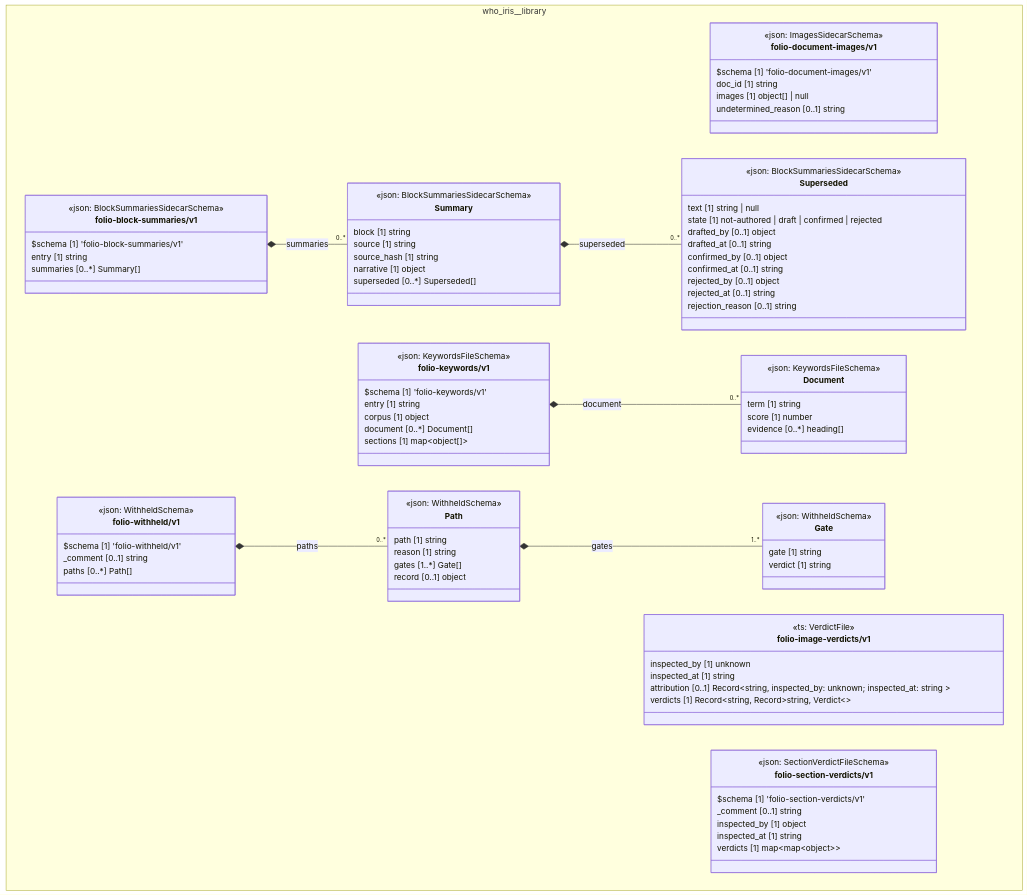
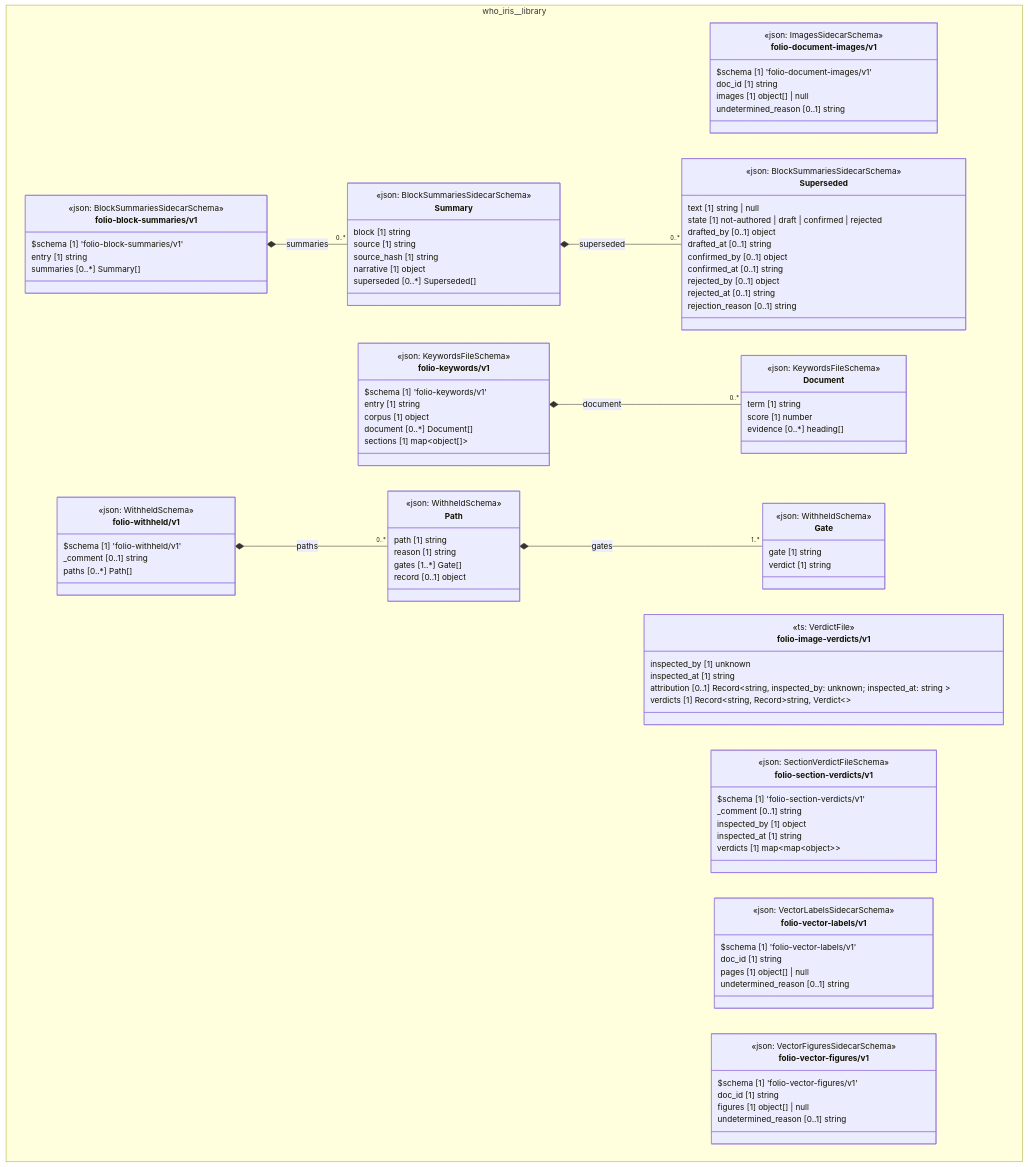
The diagram in uml/overview/who-iris/library.mmd (litlfred/cat-harness), drawn with Mermaid before and after one commit. The commit also changed 398 other files, not shown here.

```diff
--- a/uml/overview/who-iris/library.mmd
+++ b/uml/overview/who-iris/library.mmd
@@ -1,100 +1,116 @@
 classDiagram
   direction TB
   namespace who_iris__library {
     class who_iris_library_folio_document_images_v1_folio_document_images_v1["folio-document-images/v1"] {
       <<json: ImagesSidecarSchema>>
       $schema [1] 'folio-document-images/v1'
       doc_id [1] string
       images [1] object[] | null
       undetermined_reason [0..1] string
     }
     class who_iris_library_folio_image_verdicts_v1["folio-image-verdicts/v1"] {
       <<ts: VerdictFile>>
       inspected_by [1] unknown
       inspected_at [1] string
       attribution [0..1] Record~string,  inspected_by: unknown; inspected_at: string ~
       verdicts [1] Record~string, Record~string, Verdict~~
     }
     class who_iris_library_folio_section_verdicts_v1_folio_section_verdicts_v1["folio-section-verdicts/v1"] {
       <<json: SectionVerdictFileSchema>>
       $schema [1] 'folio-section-verdicts/v1'
       _comment [0..1] string
       inspected_by [1] object
       inspected_at [1] string
       verdicts [1] map~map~object~~
+    }
+    class who_iris_library_folio_vector_labels_v1_folio_vector_labels_v1["folio-vector-labels/v1"] {
+      <<json: VectorLabelsSidecarSchema>>
+      $schema [1] 'folio-vector-labels/v1'
+      doc_id [1] string
+      pages [1] object[] | null
+      undetermined_reason [0..1] string
+    }
+    class who_iris_library_folio_vector_figures_v1_folio_vector_figures_v1["folio-vector-figures/v1"] {
+      <<json: VectorFiguresSidecarSchema>>
+      $schema [1] 'folio-vector-figures/v1'
+      doc_id [1] string
+      figures [1] object[] | null
+      undetermined_reason [0..1] string
     }
     class who_iris_library_folio_block_summaries_v1_Superseded["Superseded"] {
       <<json: BlockSummariesSidecarSchema>>
       text [1] string | null
       state [1] not-authored | draft | confirmed | rejected
       drafted_by [0..1] object
       drafted_at [0..1] string
       confirmed_by [0..1] object
       confirmed_at [0..1] string
       rejected_by [0..1] object
       rejected_at [0..1] string
       rejection_reason [0..1] string
     }
     class who_iris_library_folio_block_summaries_v1_Summary["Summary"] {
       <<json: BlockSummariesSidecarSchema>>
       block [1] string
       source [1] string
       source_hash [1] string
       narrative [1] object
       superseded [0..*] Superseded[]
     }
     class who_iris_library_folio_block_summaries_v1_folio_block_summaries_v1["folio-block-summaries/v1"] {
       <<json: BlockSummariesSidecarSchema>>
       $schema [1] 'folio-block-summaries/v1'
       entry [1] string
       summaries [0..*] Summary[]
     }
     class who_iris_library_folio_keywords_v1_Document["Document"] {
       <<json: KeywordsFileSchema>>
       term [1] string
       score [1] number
       evidence [0..*] heading[]
     }
     class who_iris_library_folio_keywords_v1_folio_keywords_v1["folio-keywords/v1"] {
       <<json: KeywordsFileSchema>>
       $schema [1] 'folio-keywords/v1'
       entry [1] string
       corpus [1] object
       document [0..*] Document[]
       sections [1] map~object[]~
     }
     class who_iris_library_folio_withheld_v1_Gate["Gate"] {
       <<json: WithheldSchema>>
       gate [1] string
       verdict [1] string
     }
     class who_iris_library_folio_withheld_v1_Path["Path"] {
       <<json: WithheldSchema>>
       path [1] string
       reason [1] string
       gates [1..*] Gate[]
       record [0..1] object
     }
     class who_iris_library_folio_withheld_v1_folio_withheld_v1["folio-withheld/v1"] {
       <<json: WithheldSchema>>
       $schema [1] 'folio-withheld/v1'
       _comment [0..1] string
       paths [0..*] Path[]
     }
   }
   who_iris_library_folio_block_summaries_v1_Summary *-- "0..*" who_iris_library_folio_block_summaries_v1_Superseded : superseded
   who_iris_library_folio_block_summaries_v1_folio_block_summaries_v1 *-- "0..*" who_iris_library_folio_block_summaries_v1_Summary : summaries
   who_iris_library_folio_keywords_v1_folio_keywords_v1 *-- "0..*" who_iris_library_folio_keywords_v1_Document : document
   who_iris_library_folio_withheld_v1_Path *-- "1..*" who_iris_library_folio_withheld_v1_Gate : gates
   who_iris_library_folio_withheld_v1_folio_withheld_v1 *-- "0..*" who_iris_library_folio_withheld_v1_Path : paths
   cssClass "who_iris_library_folio_document_images_v1_folio_document_images_v1" fa_uml_kind_library
   cssClass "who_iris_library_folio_image_verdicts_v1" fa_uml_kind_library
   cssClass "who_iris_library_folio_section_verdicts_v1_folio_section_verdicts_v1" fa_uml_kind_library
+  cssClass "who_iris_library_folio_vector_labels_v1_folio_vector_labels_v1" fa_uml_kind_library
+  cssClass "who_iris_library_folio_vector_figures_v1_folio_vector_figures_v1" fa_uml_kind_library
   cssClass "who_iris_library_folio_block_summaries_v1_Superseded" fa_uml_kind_library
   cssClass "who_iris_library_folio_block_summaries_v1_Summary" fa_uml_kind_library
   cssClass "who_iris_library_folio_block_summaries_v1_folio_block_summaries_v1" fa_uml_kind_library
   cssClass "who_iris_library_folio_keywords_v1_Document" fa_uml_kind_library
   cssClass "who_iris_library_folio_keywords_v1_folio_keywords_v1" fa_uml_kind_library
   cssClass "who_iris_library_folio_withheld_v1_Gate" fa_uml_kind_library
   cssClass "who_iris_library_folio_withheld_v1_Path" fa_uml_kind_library
   cssClass "who_iris_library_folio_withheld_v1_folio_withheld_v1" fa_uml_kind_library
```
